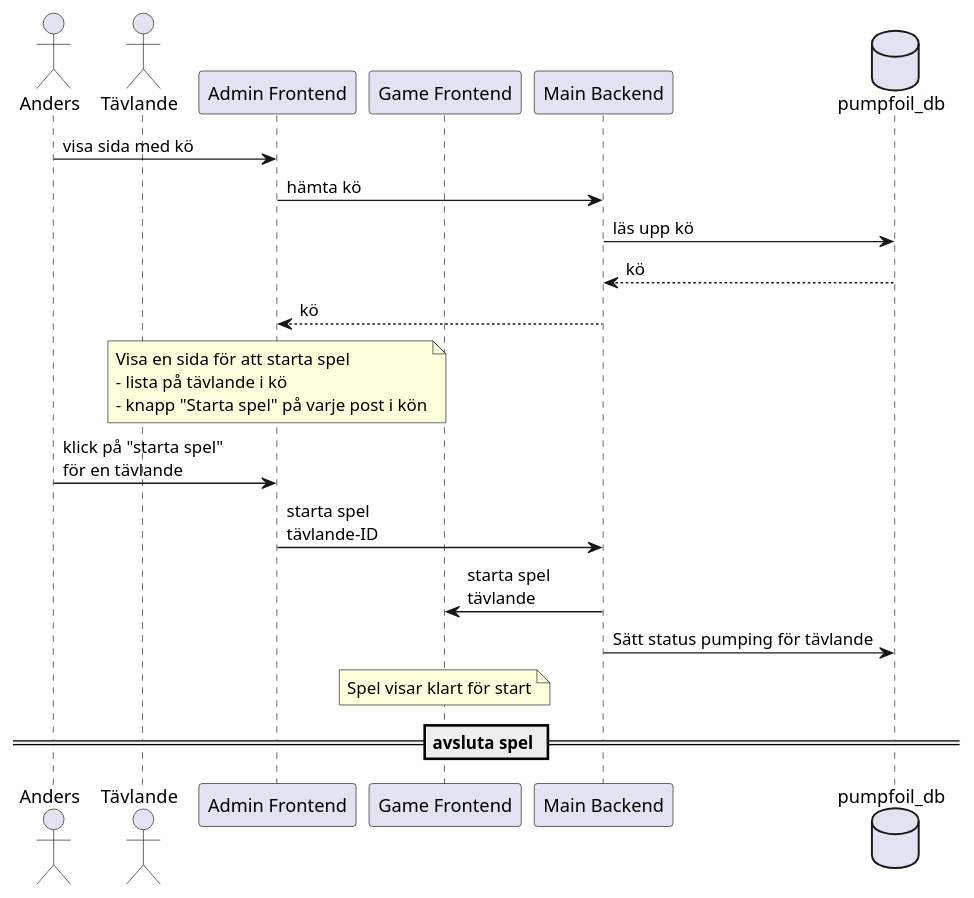
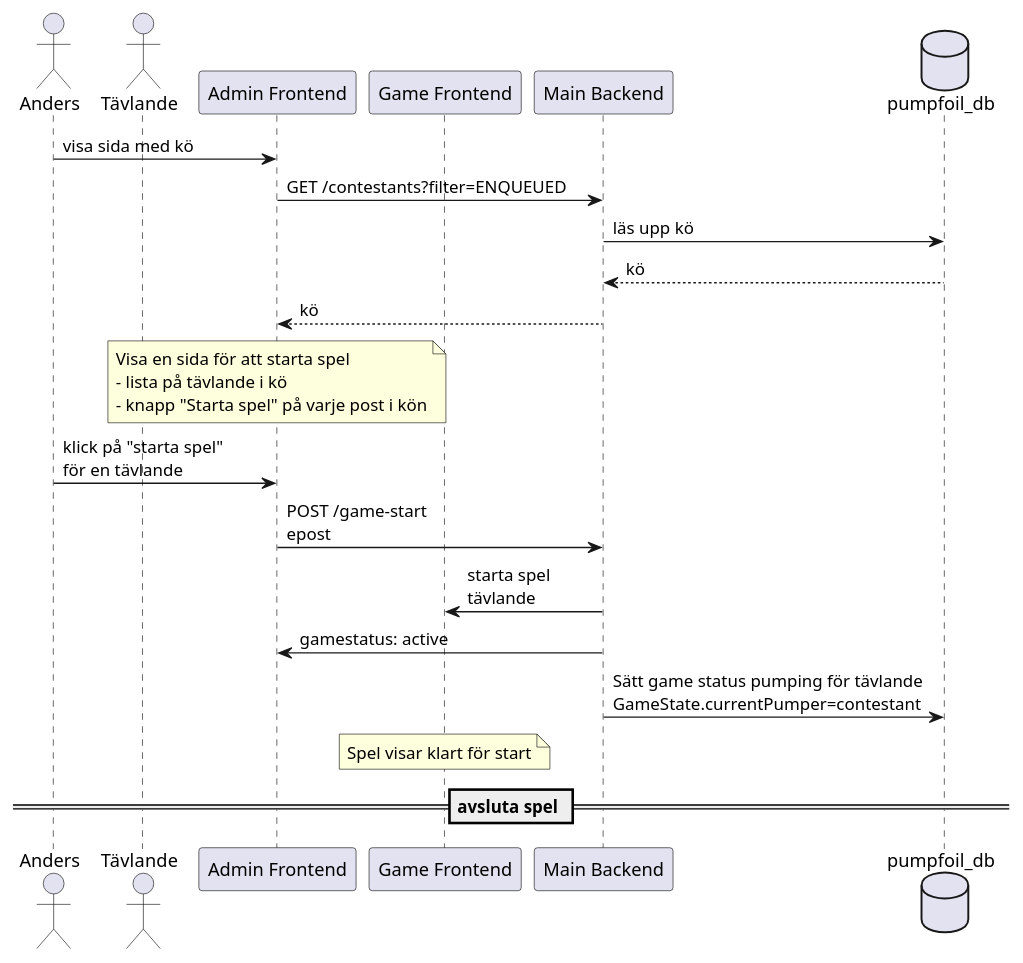
Before and after one commit to CAG-Contactor/pump-foil-game: the fifth of 8 diagrams in doc/SPEC.md, drawn with PlantUML. The commit also changed other lines of this file and 1 other file, not shown here.

````diff
--- a/doc/SPEC.md
+++ b/doc/SPEC.md
@@ -167,28 +170,29 @@
 ```plantuml
 actor Anders
 actor Tävlande
 participant "Admin Frontend" as adminfe
 participant "Game Frontend" as gamefe
 participant "Main Backend" as mainbe
 database pumpfoil_db
 
 Anders -> adminfe: visa sida med kö
-adminfe -> mainbe: hämta kö
+adminfe -> mainbe: GET /contestants?filter=ENQUEUED
 mainbe -> pumpfoil_db: läs upp kö
 pumpfoil_db --> mainbe: kö
 mainbe --> adminfe: kö
 note over adminfe
   Visa en sida för att starta spel
   - lista på tävlande i kö
   - knapp "Starta spel" på varje post i kön
 endnote
 Anders -> adminfe: klick på "starta spel"\nför en tävlande
-adminfe -> mainbe: starta spel\ntävlande-ID
+adminfe -> mainbe: POST /game-start\nepost
 mainbe -> gamefe: starta spel\ntävlande
-mainbe -> pumpfoil_db: Sätt status pumping för tävlande
+mainbe -> adminfe: gamestatus: active
+mainbe -> pumpfoil_db: Sätt game status pumping för tävlande\nGameState.currentPumper=contestant
 note over gamefe
   Spel visar klart för start
 end note
 
 == avsluta spel ==
 ```
````
